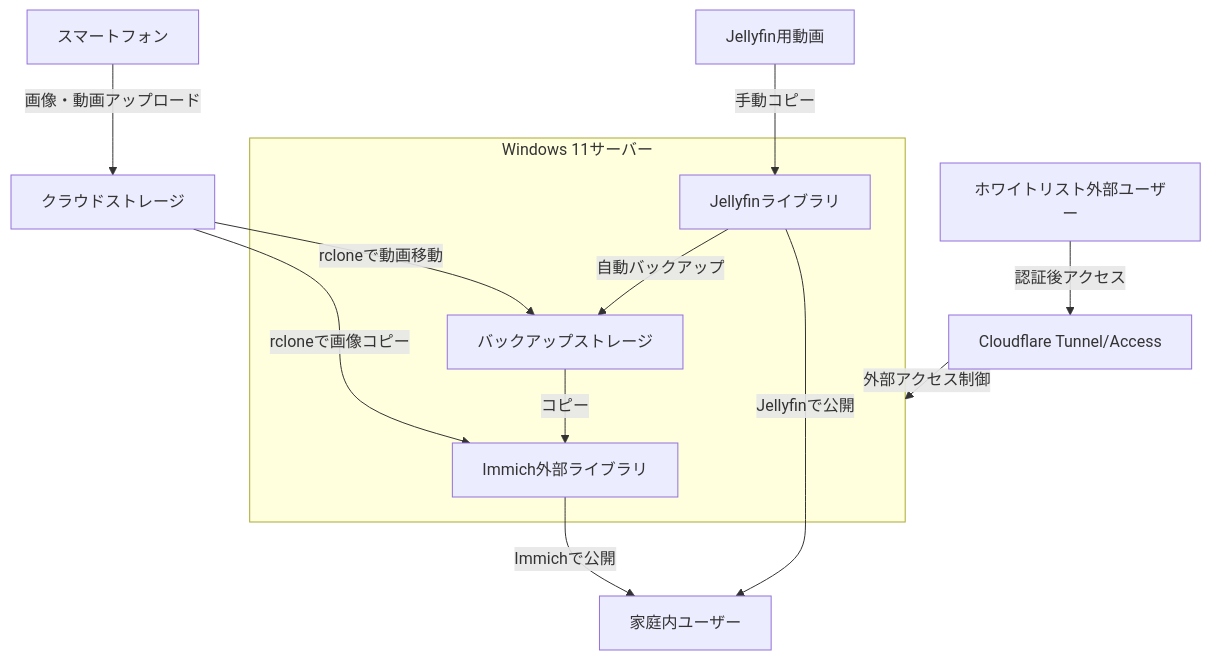
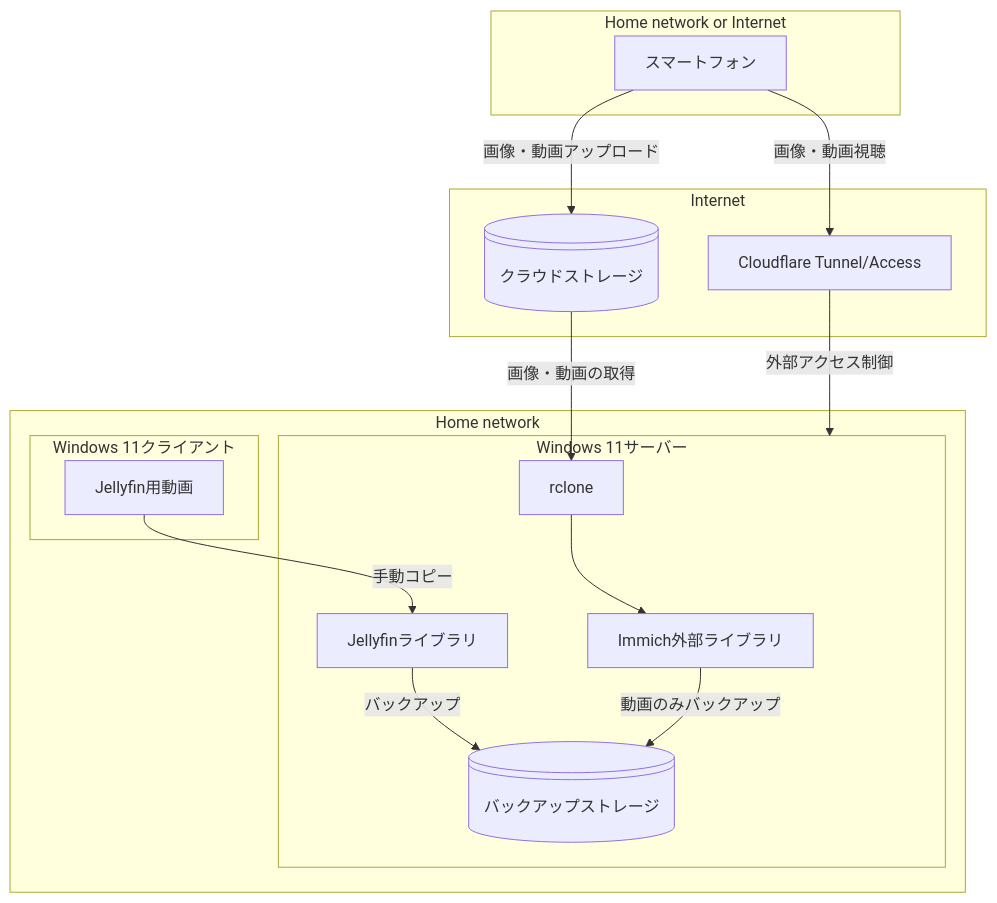
One commit to nuitsjp/ManageMediaServer changed the first of 2 diagrams in README.md. Above: the diagram before and after it, drawn with Mermaid. The commit also changed other lines of this file, not shown here.

Commit message:
README.mdの内容を整理し、システム概要、データフロー、主要コンポーネントのセクションを追加。Mermaid図を更新し、データの流れを明確化。

````diff
--- a/README.md
+++ b/README.md
@@ -21,18 +19,35 @@
 ```mermaid
-flowchart TD
-    A[スマートフォン] -- 画像・動画アップロード --> B[クラウドストレージ]
-    B -- rcloneで画像コピー --> C[Immich外部ライブラリ]
-    B -- rcloneで動画移動 --> D[バックアップストレージ]
+flowchart TB
+
+    subgraph K[Home network]
+        subgraph Win11Client[Windows 11クライアント]
+            F[Jellyfin用動画]
+        end
+
+        subgraph H[Windows 11サーバー]
+            C[Immich外部ライブラリ]
+            D@{ shape: lin-cyl, label: "バックアップストレージ" }
+            G
+            rclone
+        end
+    end
+
+
+    subgraph M[Home network or Internet]
+        A[スマートフォン]
+    end
+
+    subgraph L[Internet]
+        CloudStrage@{ shape: lin-cyl, label: "クラウドストレージ" }
+        I[Cloudflare Tunnel/Access]
+        CloudStrage --画像・動画の取得--> rclone
+    end
+ 
+    A -- 画像・動画視聴 --> I
+    A -- 画像・動画アップロード --> CloudStrage
     F[Jellyfin用動画] -- 手動コピー --> G[Jellyfinライブラリ]
-    G -- 自動バックアップ --> D
-    D -- コピー --> C
-    C -- Immichで公開 --> E[家庭内ユーザー]
-    G -- Jellyfinで公開 --> E
-    subgraph H[Windows 11サーバー]
-        C
-        D
-        G
-    end
+    G -- バックアップ --> D
+    C -- 動画のみバックアップ --> D
+    rclone --> C
     I[Cloudflare Tunnel/Access] -- 外部アクセス制御 --> H
-    J[ホワイトリスト外部ユーザー] -- 認証後アクセス --> I
 ```
````
